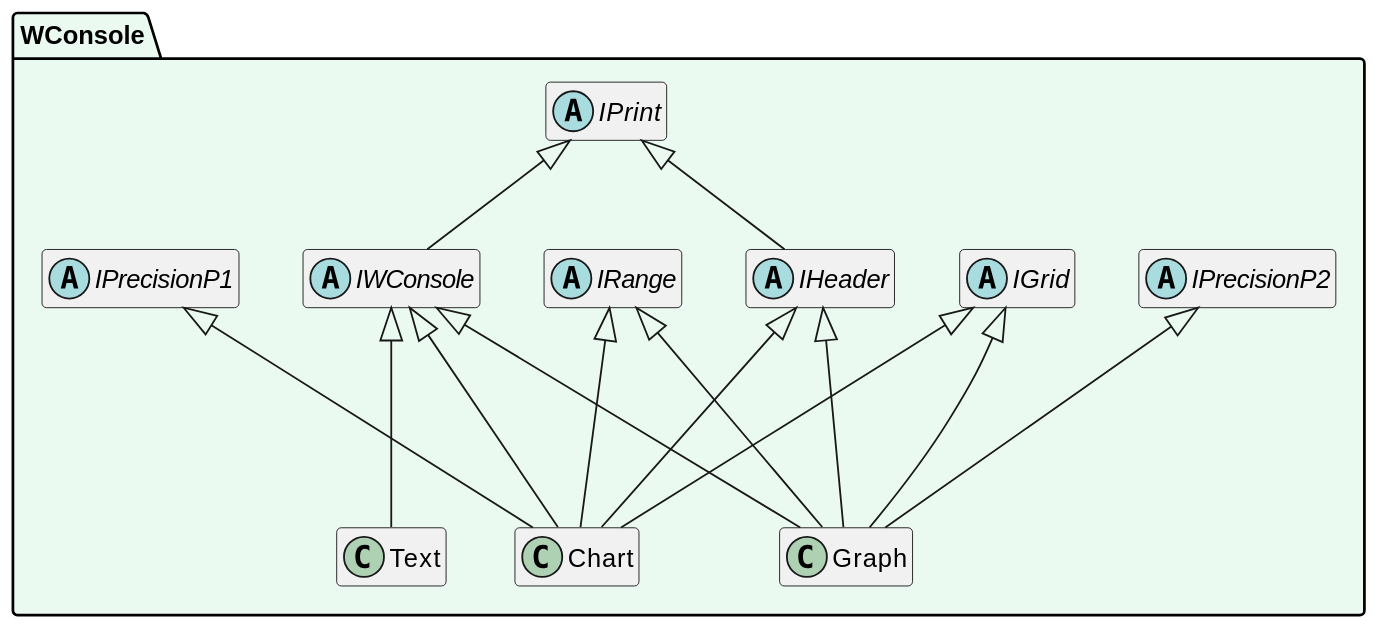
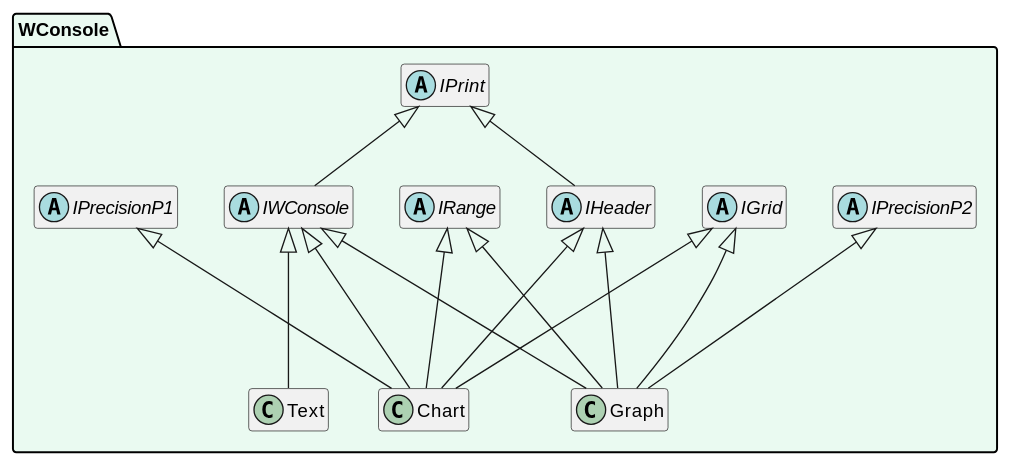
Before and after one commit to SergioStopkin/WideConsole: the diagram in doc/UMLClass.md, drawn with PlantUML. The commit also changed 1 other file, not shown here.

Commit message:
Test some styles

````diff
--- a/doc/UMLClass.md
+++ b/doc/UMLClass.md
@@ -1,42 +1,41 @@
 ```plantuml
 @startuml
 
 scale 800 width
-scale 500  height
 
 hide empty members
 
 namespace WConsole #EAFAF1 {
 
 abstract class IGrid
 abstract class IHeader
 abstract class IPrecisionP1
 abstract class IPrecisionP2
 abstract class IPrint
 abstract class IRange
 abstract class IWConsole
 class Chart
 class Graph
 class Text
 
 IPrint <|-- IHeader
 IPrint <|-- IWConsole
 
 IWConsole    <|--- Chart
 IHeader      <|--- Chart
 IPrecisionP1 <|---  Chart
 IRange       <|---  Chart
 IGrid        <|---  Chart
 
 IWConsole    <|--- Graph
 IHeader      <|--- Graph
 IPrecisionP2 <|---  Graph
 IRange       <|---  Graph
 IGrid        <|---  Graph
 
 IWConsole <|--- Text
 
 }
 
 @enduml
 ```
````
